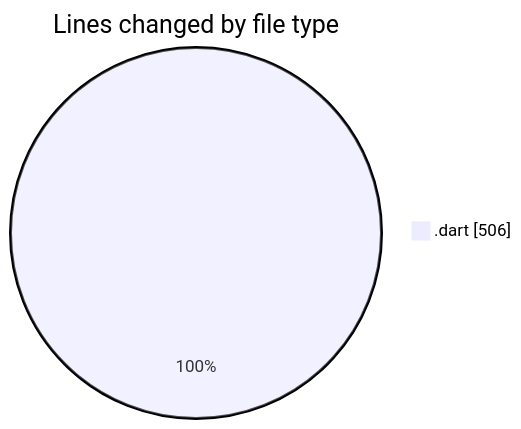
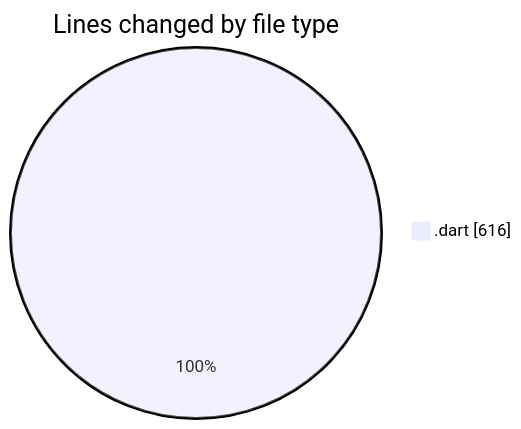
One commit to donsfak/code-tracking changed the first of 2 diagrams in 2025-01-13/trackers_app/README.md. Above: the diagram before and after it, drawn with Mermaid. The commit also changed other lines of this file and 1 other file, not shown here.

````diff
--- a/2025-01-13/trackers_app/README.md
+++ b/2025-01-13/trackers_app/README.md
@@ -23,5 +23,5 @@
 ```mermaid
 pie showData
 title Lines changed by file type
-".dart" : 506
+".dart" : 616
 ```
````
